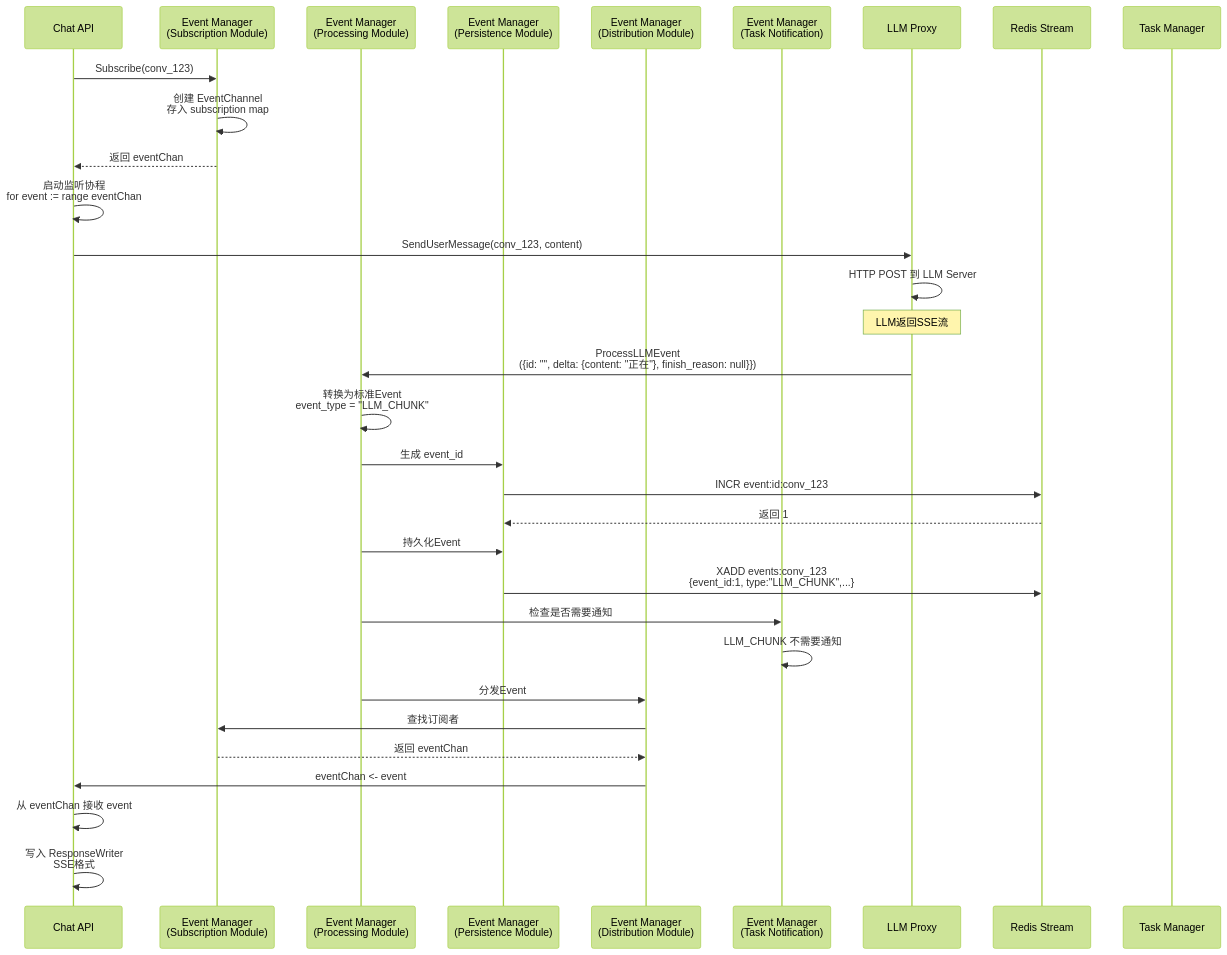
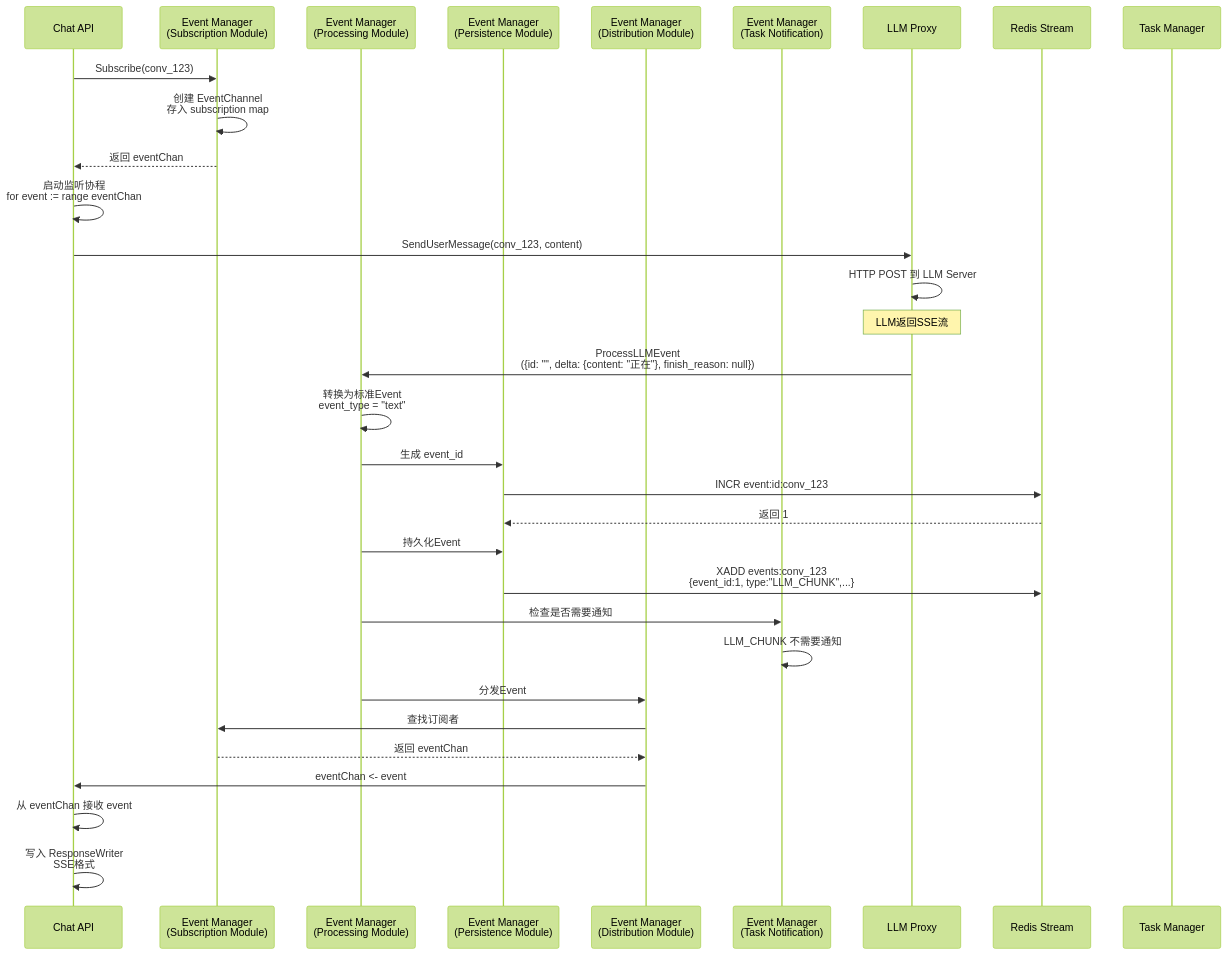
Before and after one commit to yingjianzh/iodraw-files: the diagram in all/未命名-10.md, drawn with Mermaid (forest theme).

Commit message:
2025-12-22 17:29:41 update

````diff
--- a/all/未命名-10.md
+++ b/all/未命名-10.md
@@ -1,44 +1,44 @@
 ```mermaid
 sequenceDiagram
     participant ChatAPI as Chat API
     participant EventMgr as Event Manager<br/>(Subscription Module)
     participant EventProc as Event Manager<br/>(Processing Module)
     participant Persist as Event Manager<br/>(Persistence Module)
     participant Distrib as Event Manager<br/>(Distribution Module)
     participant TaskNotif as Event Manager<br/>(Task Notification)
     participant LLMProxy as LLM Proxy
     participant Redis as Redis Stream
     participant TaskMgr as Task Manager
 
     ChatAPI->>EventMgr: Subscribe(conv_123)
     EventMgr->>EventMgr: 创建 EventChannel<br/>存入 subscription map
     EventMgr-->>ChatAPI: 返回 eventChan
 
     ChatAPI->>ChatAPI: 启动监听协程<br/>for event := range eventChan
     
     ChatAPI->>LLMProxy: SendUserMessage(conv_123, content)
     LLMProxy->>LLMProxy: HTTP POST 到 LLM Server
 
     Note over LLMProxy: LLM返回SSE流
 
-    LLMProxy->>EventProc: ProcessLLMEvent<br/>({id: "", delta: {content: "正在"}, finish_reason: null}})
+    LLMProxy->>EventProc: ProcessLLMEvent<br/>({id: "", delta: {content: "正在"}, finish_reason: null})
     
-    EventProc->>EventProc: 转换为标准Event<br/>event_type = "LLM_CHUNK"
+    EventProc->>EventProc: 转换为标准Event<br/>event_type = "text"
     EventProc->>Persist: 生成 event_id
     Persist->>Redis: INCR event:id:conv_123
     Redis-->>Persist: 返回 1
     
     EventProc->>Persist: 持久化Event
     Persist->>Redis: XADD events:conv_123<br/>{event_id:1, type:"LLM_CHUNK",...}
     
     EventProc->>TaskNotif: 检查是否需要通知
     TaskNotif->>TaskNotif: LLM_CHUNK 不需要通知
     
     EventProc->>Distrib: 分发Event
     Distrib->>EventMgr: 查找订阅者
     EventMgr-->>Distrib: 返回 eventChan
     Distrib->>ChatAPI: eventChan <- event
     
     ChatAPI->>ChatAPI: 从 eventChan 接收 event
     ChatAPI->>ChatAPI: 写入 ResponseWriter<br/>SSE格式
 ```
````
